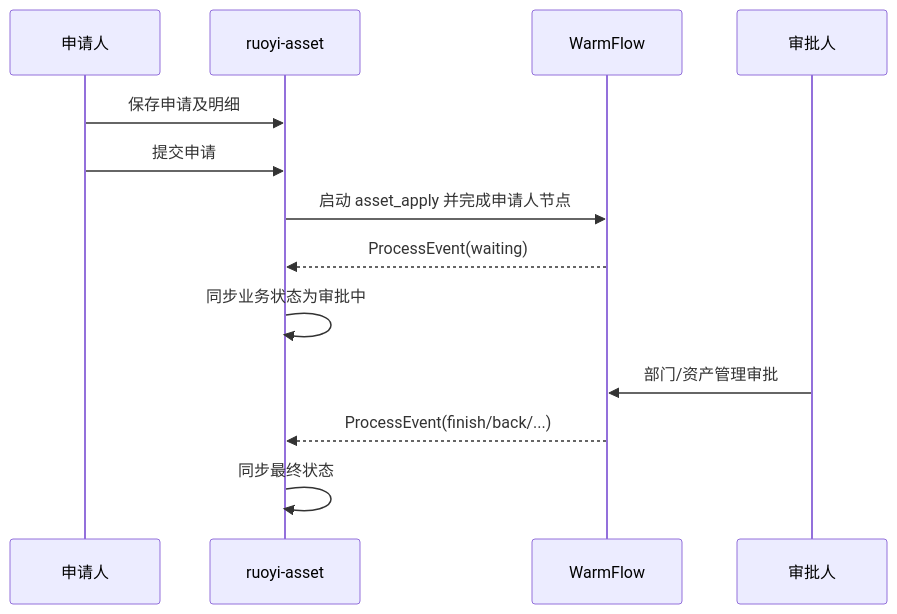
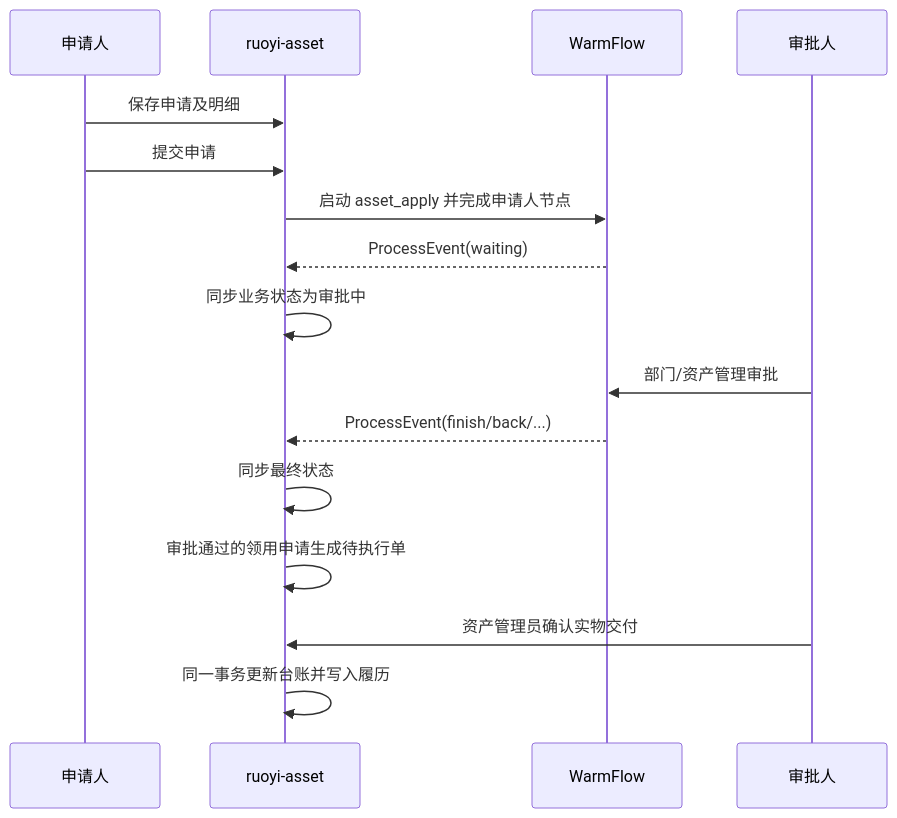
One commit to S7c7/enterprise-asset-lifecycle-platform changed the second of 2 diagrams in backend/docs/03-system-architecture.md. Above: the diagram before and after it, drawn with Mermaid. The commit also changed other lines of this file and 39 other files, not shown here.

````diff
--- a/backend/docs/03-system-architecture.md
+++ b/backend/docs/03-system-architecture.md
@@ -62,15 +62,18 @@
 ```mermaid
 sequenceDiagram
     participant U as 申请人
     participant A as ruoyi-asset
     participant W as WarmFlow
     participant P as 审批人
     U->>A: 保存申请及明细
     U->>A: 提交申请
     A->>W: 启动 asset_apply 并完成申请人节点
     W-->>A: ProcessEvent(waiting)
     A->>A: 同步业务状态为审批中
     P->>W: 部门/资产管理审批
     W-->>A: ProcessEvent(finish/back/...)
     A->>A: 同步最终状态
+    A->>A: 审批通过的领用申请生成待执行单
+    P->>A: 资产管理员确认实物交付
+    A->>A: 同一事务更新台账并写入履历
 ```
````
